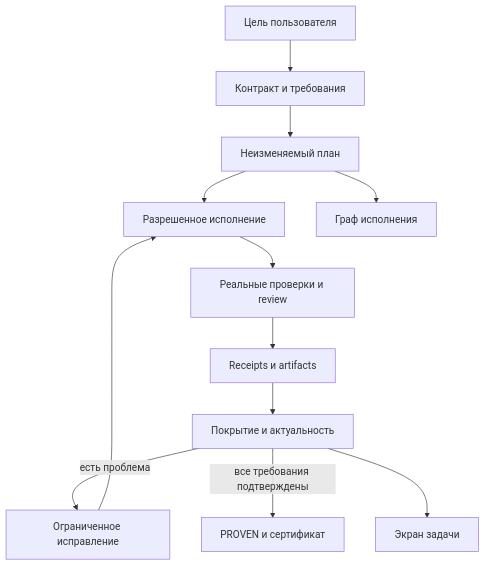
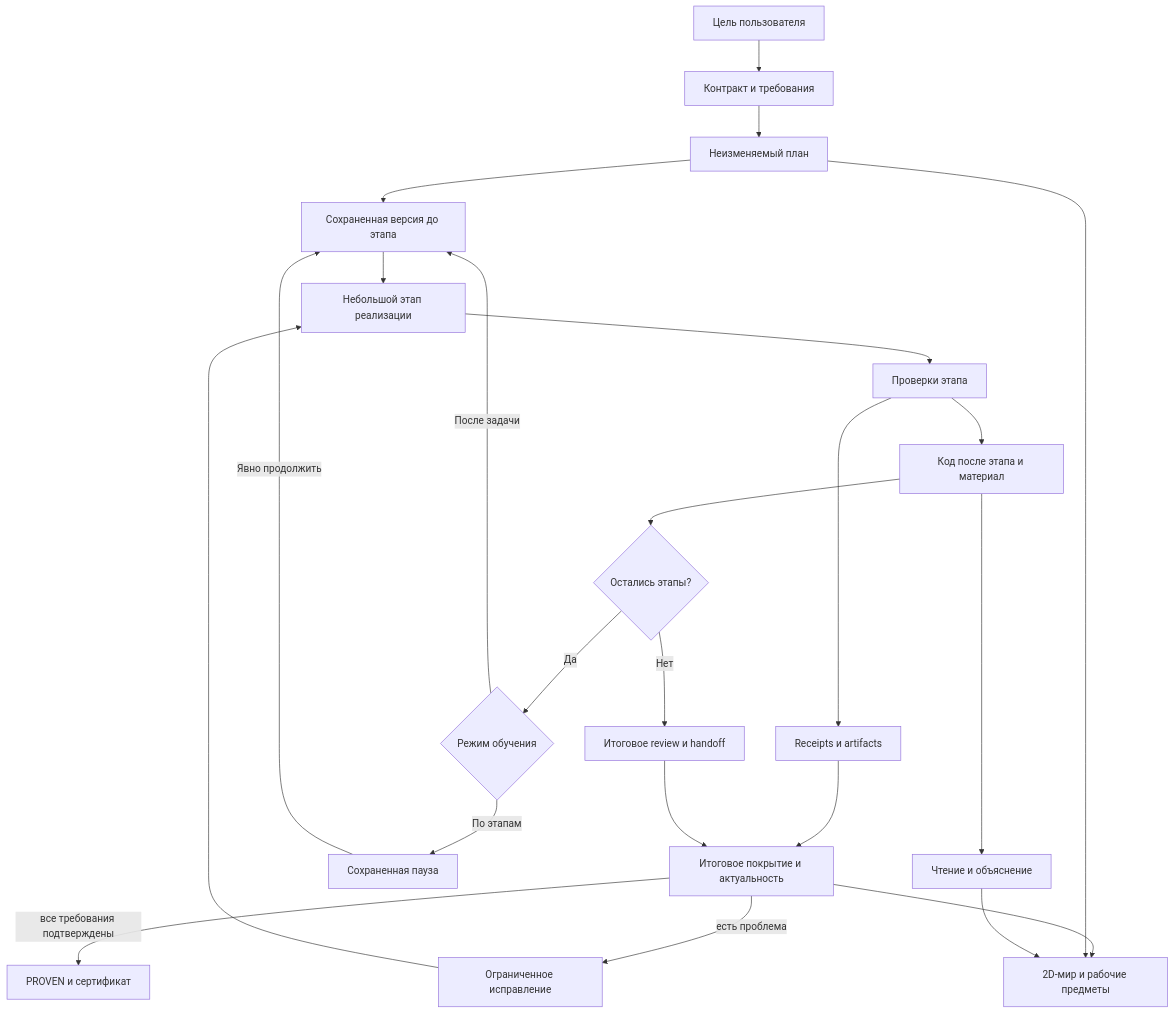
One commit to IgorBabikov/Flowcairn changed the diagram in docs/ARCHITECTURE.md. Above: the diagram before and after it, drawn with Mermaid. The commit also changed other lines of this file and 214 other files, not shown here.

````diff
--- a/docs/ARCHITECTURE.md
+++ b/docs/ARCHITECTURE.md
@@ -5,14 +5,25 @@
 ```mermaid
 flowchart TD
   Goal[Цель пользователя] --> Contract[Контракт и требования]
   Contract --> Plan[Неизменяемый план]
-  Plan --> Execution[Разрешенное исполнение]
-  Execution --> Verification[Реальные проверки и review]
+  Plan --> Before[Сохраненная версия до этапа]
+  Before --> Execution[Небольшой этап реализации]
+  Execution --> Verification[Проверки этапа]
   Verification --> Evidence[Receipts и artifacts]
-  Evidence --> Proof[Покрытие и актуальность]
+  Evidence --> Proof[Итоговое покрытие и актуальность]
   Proof -->|есть проблема| Repair[Ограниченное исправление]
   Repair --> Execution
   Proof -->|все требования подтверждены| Proven[PROVEN и сертификат]
-  Proof --> Cockpit[Экран задачи]
-  Plan --> Graph[Граф исполнения]
+  Verification --> Material[Код после этапа и материал]
+  Material --> More{Остались этапы?}
+  More -->|Да| Hold{Режим обучения}
+  More -->|Нет| Review[Итоговое review и handoff]
+  Review --> Proof
+  Hold -->|По этапам| Pause[Сохраненная пауза]
+  Pause -->|Явно продолжить| Before
+  Hold -->|После задачи| Before
+  Material --> Learning[Чтение и объяснение]
+  Proof --> World[2D-мир и рабочие предметы]
+  Plan --> World
+  Learning --> World
 ```
````
